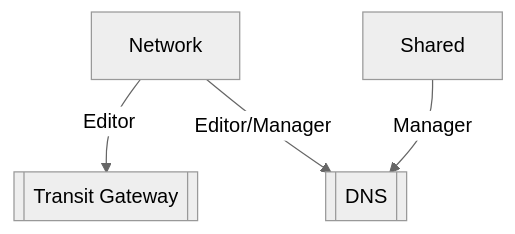
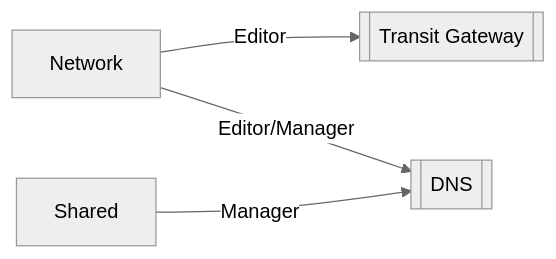
The second of 2 diagrams in README.md (powellquiring/vpc-tg-dns-iam), drawn with Mermaid (neutral theme) before and after one commit. The commit also changed other lines of this file and 3 other files, not shown here.

````diff
--- a/README.md
+++ b/README.md
@@ -51,6 +36,6 @@
 ``` mermaid
-graph TD;
+graph LR;
   Network --Editor--> dns-transit[[Transit Gateway]]
   Network --Editor/Manager--> dns-svcs[[DNS]]
   Shared --Manager--> dns-svcs[[DNS]]
 ```
````
